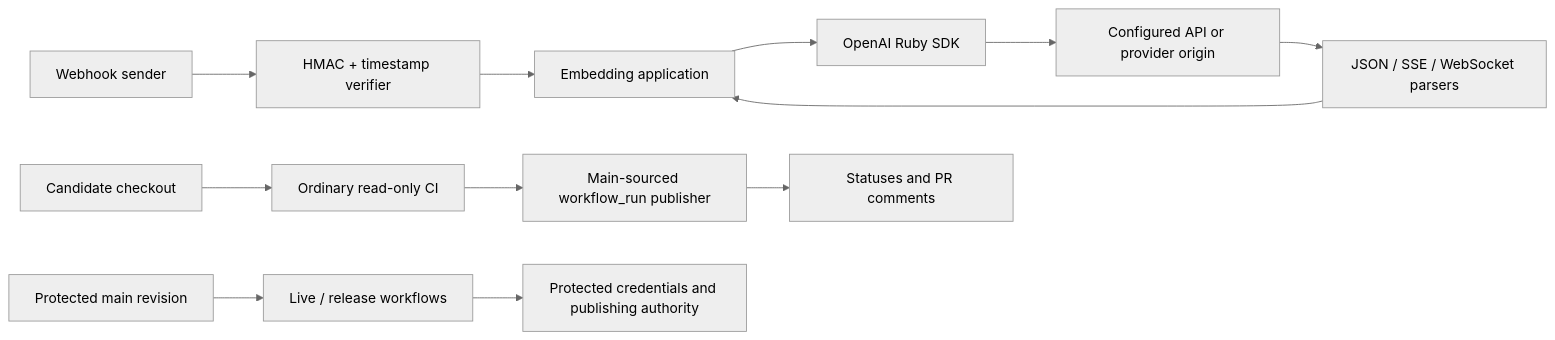
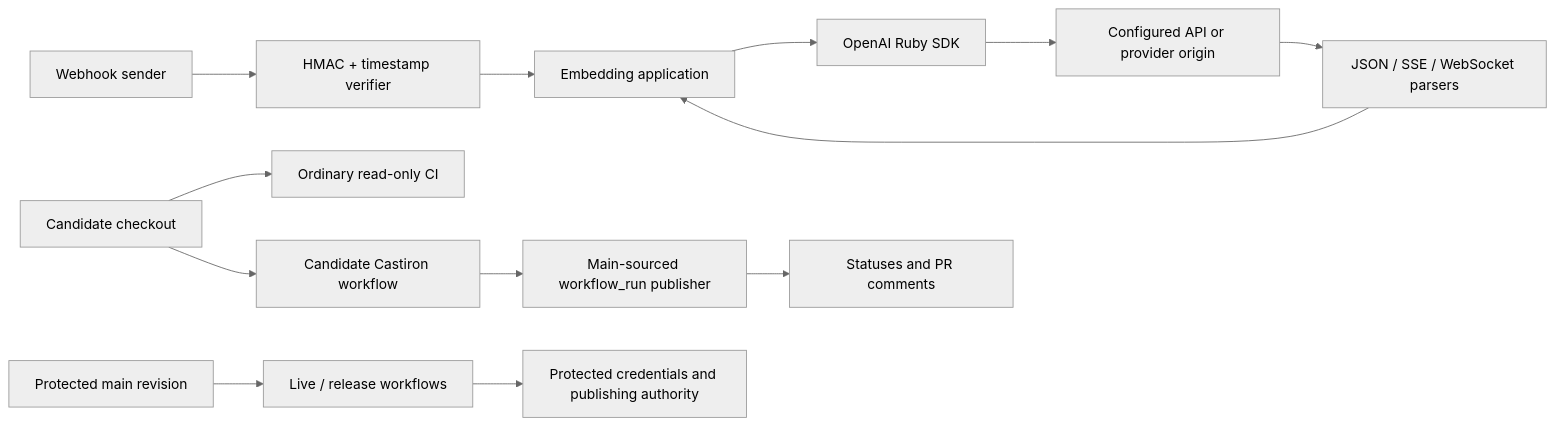
Before and after one commit to openai/openai-ruby: the diagram in docs/architecture/security-model.md, drawn with Mermaid (neutral theme). The commit also changed other lines of this file, not shown here.

````diff
--- a/docs/architecture/security-model.md
+++ b/docs/architecture/security-model.md
@@ -28,14 +28,15 @@
 ```mermaid
 flowchart LR
   Caller[Embedding application] --> SDK[OpenAI Ruby SDK]
   SDK --> API[Configured API or provider origin]
   API --> Parser[JSON / SSE / WebSocket parsers]
   Parser --> Caller
   Webhook[Webhook sender] --> Verify[HMAC + timestamp verifier]
   Verify --> Caller
   PR[Candidate checkout] --> CI[Ordinary read-only CI]
-  CI --> Trusted[Main-sourced workflow_run publisher]
+  PR --> Castiron[Candidate Castiron workflow]
+  Castiron --> Trusted[Main-sourced workflow_run publisher]
   Trusted --> GitHub[Statuses and PR comments]
   Main[Protected main revision] --> Live[Live / release workflows]
   Live --> Secrets[Protected credentials and publishing authority]
 ```
````
